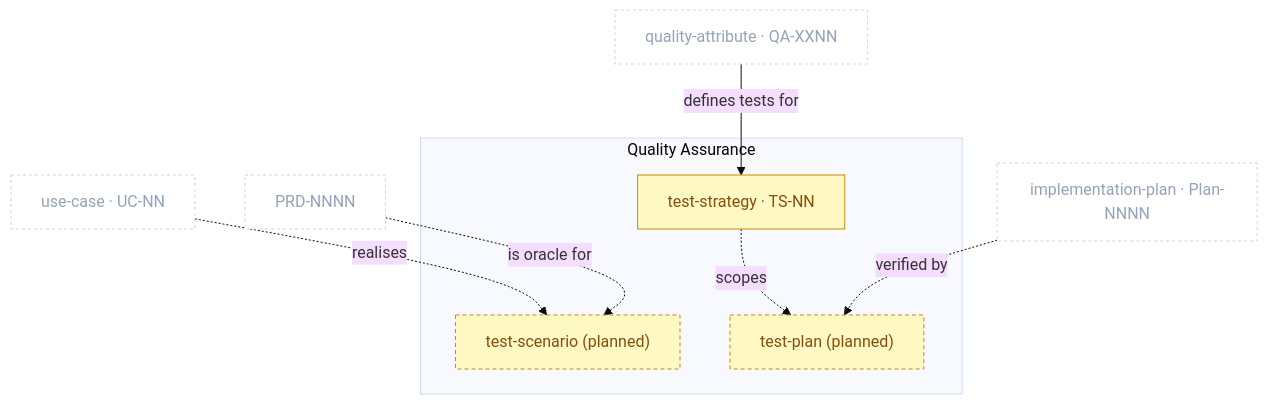
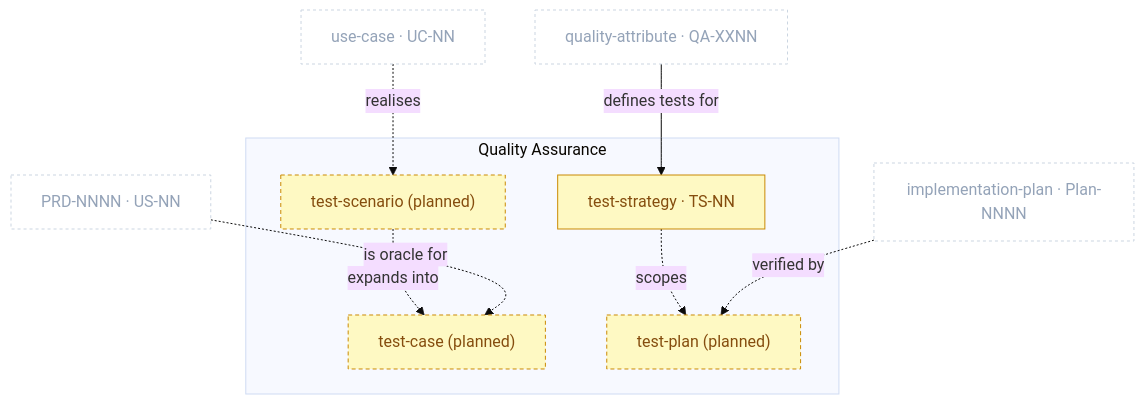
The diagram in docs/metamodel/packages/quality-assurance.md (VictorHueni/clew), drawn with Mermaid (base theme) before and after one commit. The commit also changed other lines of this file and 1 other file, not shown here.

First line of the commit message:
Anchor test_case on the user story, and show QA on the main build-order graph

````diff
--- a/docs/metamodel/packages/quality-assurance.md
+++ b/docs/metamodel/packages/quality-assurance.md
@@ -26,23 +26,25 @@
 ```mermaid
 flowchart TD
     classDef qa      fill:#FEF9C3,stroke:#CA8A04,color:#854D0E
     classDef planned fill:#FEF9C3,stroke:#CA8A04,color:#854D0E,stroke-dasharray:4 3
     classDef ext     fill:#ffffff,stroke:#cbd5e1,color:#94a3b8,stroke-dasharray:3 3
 
     QAT["quality-attribute · QA-XXNN"]:::ext
     UC["use-case · UC-NN"]:::ext
-    PRD["PRD-NNNN"]:::ext
+    PRD["PRD-NNNN · US-NN"]:::ext
     PLAN["implementation-plan · Plan-NNNN"]:::ext
 
     subgraph QA["Quality Assurance"]
         TS["test-strategy · TS-NN"]:::qa
         TSC["test-scenario (planned)"]:::planned
+        TC["test-case (planned)"]:::planned
         TP["test-plan (planned)"]:::planned
     end
 
     TS -.->|"scopes"| TP
     QAT -->|"defines tests for"| TS
     UC -.->|"realises"| TSC
-    PRD -.->|"is oracle for"| TSC
+    TSC -.->|"expands into"| TC
+    PRD -.->|"is oracle for"| TC
     PLAN -.->|"verified by"| TP
 ```
````
